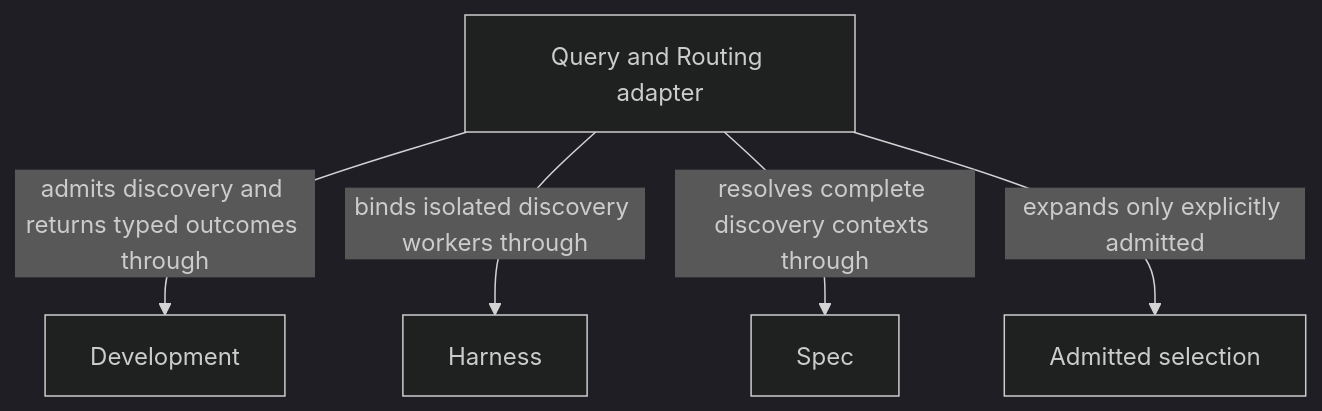
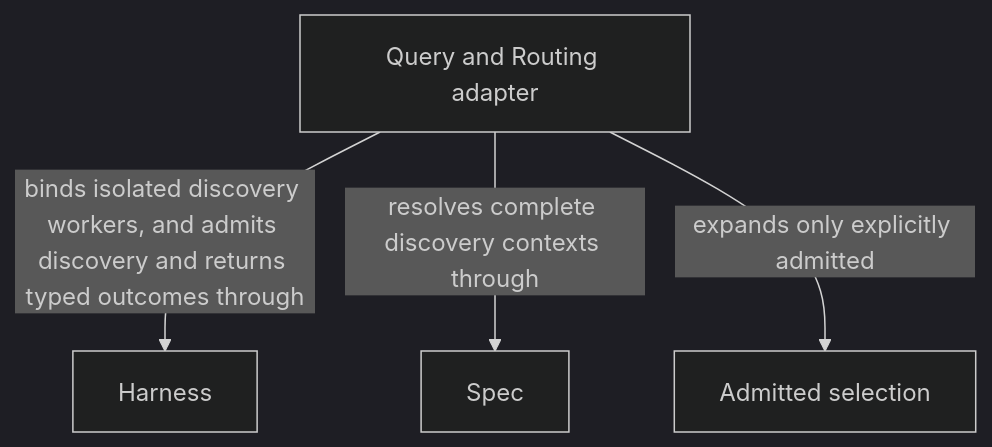
One commit to FTOD/concorde changed the diagram in specs/concorde/query-routing/module.md. Above: the diagram before and after it, drawn with Mermaid (dark theme). The commit also changed other lines of this file and 82 other files, not shown here.

````diff
--- a/specs/concorde/query-routing/module.md
+++ b/specs/concorde/query-routing/module.md
@@ -67,14 +67,12 @@
 ```mermaid
 flowchart TB
     accTitle: Query and Routing entities and dependencies
     accDescr: Query and Routing resolves explicit complete Module contexts through Spec, binds fresh discovery workers through Harness and returns admitted answers routes or stopping outcomes through the host.
     e0["Query and Routing adapter"]
-    e1["Development"]
     e2["Harness"]
     e3["Spec"]
-    e0 -->|admits discovery and returns typed outcomes through| e1
-    e0 -->|binds isolated discovery workers through| e2
+    e0 -->|binds isolated discovery workers, and admits discovery and returns typed outcomes through| e2
     e0 -->|resolves complete discovery contexts through| e3
     domain_selection["Admitted selection"]
     e0 -->|expands only explicitly admitted| domain_selection
 ```
````
